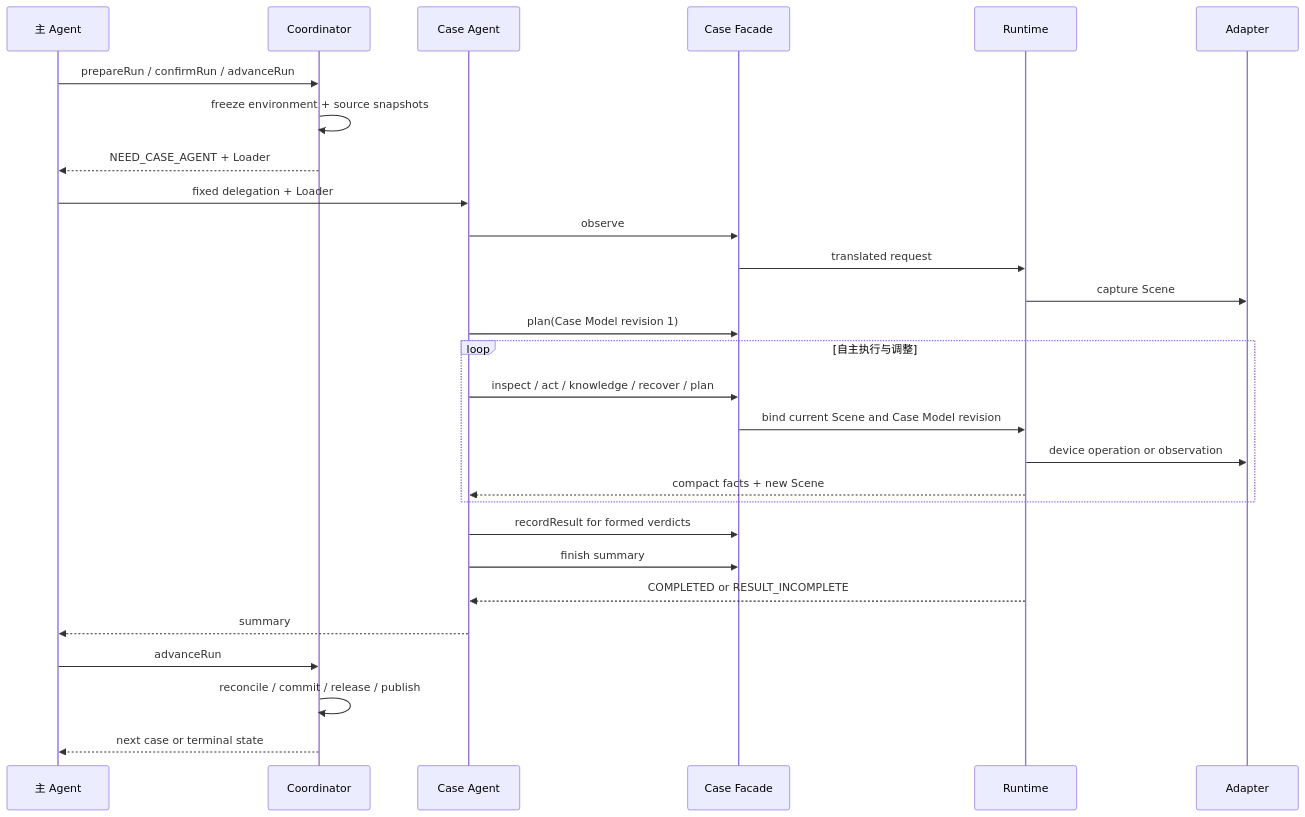
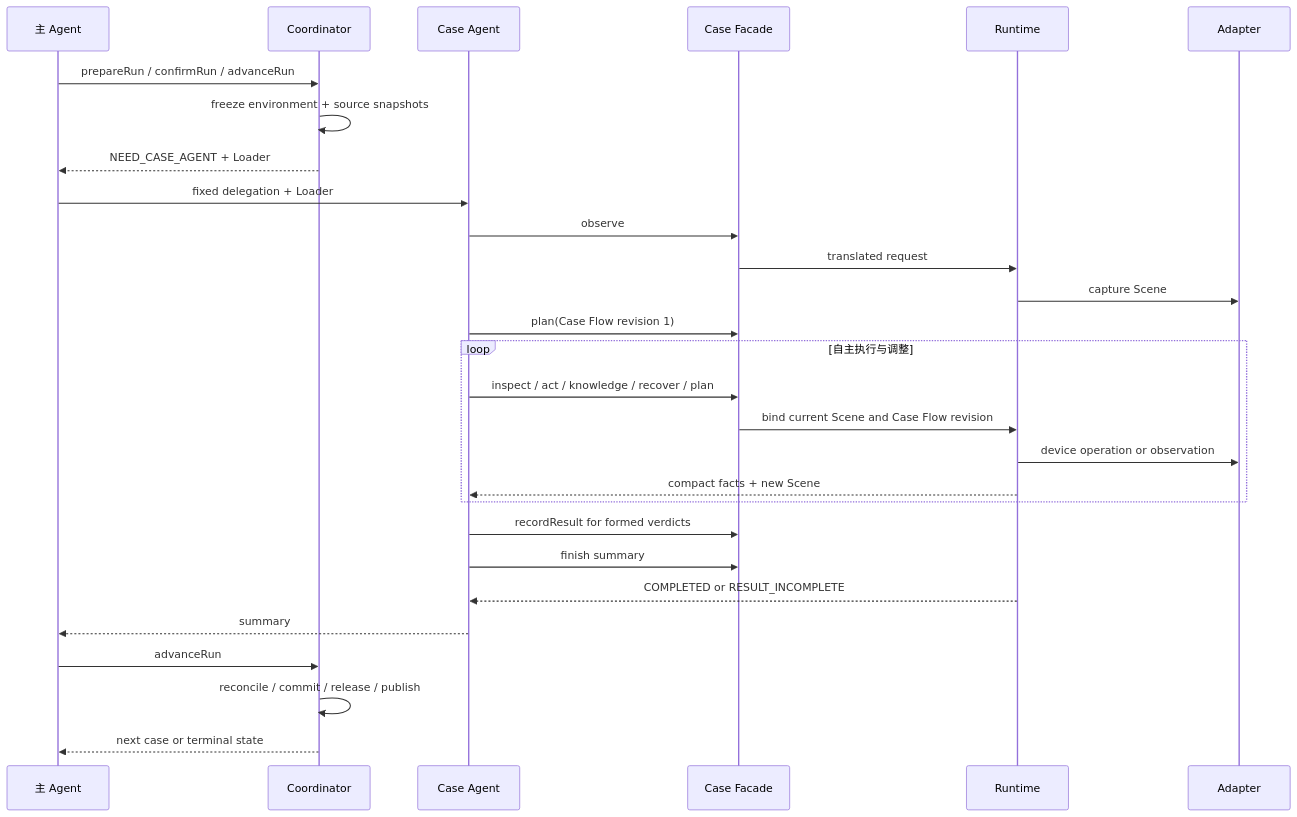
One commit to lianghuihui-plus/DevKit changed the second of 2 diagrams in skills/mobile-ai-visual-test/docs/architecture.md. Above: the diagram before and after it, drawn with Mermaid. The commit also changed other lines of this file and 70 other files, not shown here.

Commit message:
feat(mavt): introduce case flow execution model

````diff
--- a/skills/mobile-ai-visual-test/docs/architecture.md
+++ b/skills/mobile-ai-visual-test/docs/architecture.md
@@ -77,31 +77,31 @@
 ```mermaid
 sequenceDiagram
   participant M as 主 Agent
   participant C as Coordinator
   participant A as Case Agent
   participant F as Case Facade
   participant R as Runtime
   participant D as Adapter
 
   M->>C: prepareRun / confirmRun / advanceRun
   C->>C: freeze environment + source snapshots
   C-->>M: NEED_CASE_AGENT + Loader
   M->>A: fixed delegation + Loader
   A->>F: observe
   F->>R: translated request
   R->>D: capture Scene
-  A->>F: plan(Case Model revision 1)
+  A->>F: plan(Case Flow revision 1)
   loop 自主执行与调整
     A->>F: inspect / act / knowledge / recover / plan
-    F->>R: bind current Scene and Case Model revision
+    F->>R: bind current Scene and Case Flow revision
     R->>D: device operation or observation
     R-->>A: compact facts + new Scene
   end
   A->>F: recordResult for formed verdicts
   A->>F: finish summary
   R-->>A: COMPLETED or RESULT_INCOMPLETE
   A-->>M: summary
   M->>C: advanceRun
   C->>C: reconcile / commit / release / publish
   C-->>M: next case or terminal state
 ```
````
